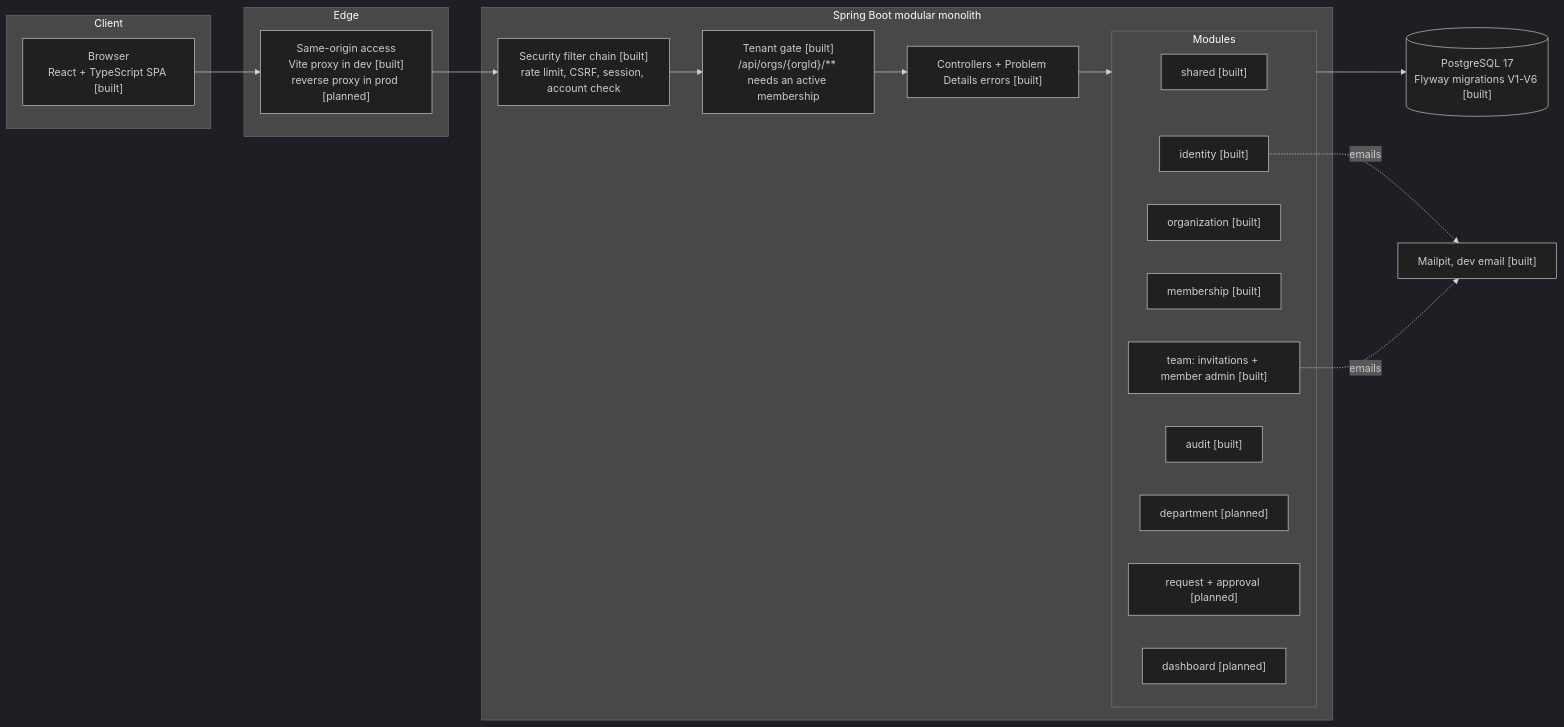
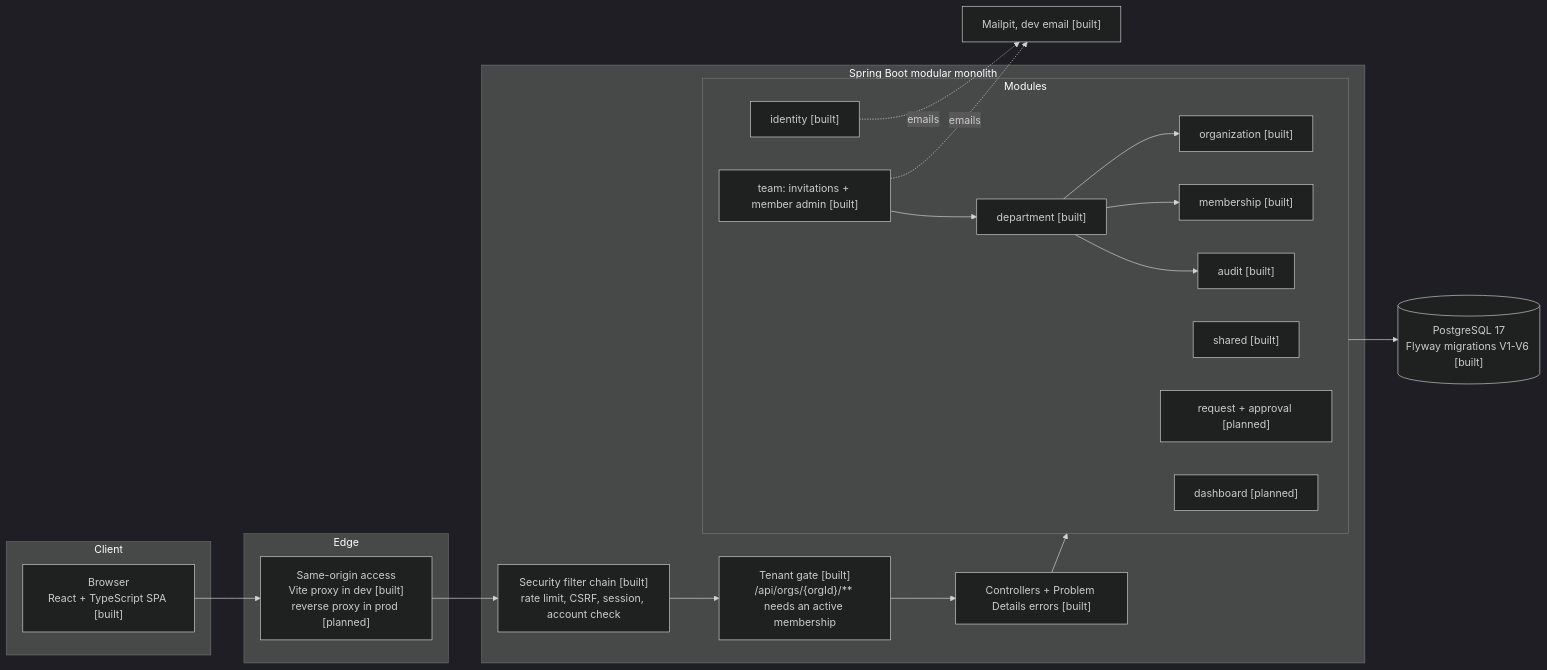
The first of 2 diagrams in docs/architecture.md (youssef-naj/nexus), drawn with Mermaid (dark theme) before and after one commit. The commit also changed 14 other files, not shown here.

````diff
--- a/docs/architecture.md
+++ b/docs/architecture.md
@@ -9,32 +9,36 @@
 ```mermaid
 flowchart LR
     subgraph Client
         B["Browser<br/>React + TypeScript SPA [built]"]
     end
     subgraph Edge
         P["Same-origin access<br/>Vite proxy in dev [built]<br/>reverse proxy in prod [planned]"]
     end
     subgraph App["Spring Boot modular monolith"]
         SEC["Security filter chain [built]<br/>rate limit, CSRF, session, account check"]
         GATE["Tenant gate [built]<br/>/api/orgs/{orgId}/** needs an active membership"]
         API["Controllers + Problem Details errors [built]"]
         subgraph Modules
             SH["shared [built]"]
             ID["identity [built]"]
             ORG["organization [built]"]
             MEM["membership [built]"]
             TEAM["team: invitations + member admin [built]"]
             AUD["audit [built]"]
-            DEP["department [planned]"]
+            DEP["department [built]"]
             REQ["request + approval [planned]"]
             DASH["dashboard [planned]"]
         end
     end
     DB[("PostgreSQL 17<br/>Flyway migrations V1-V6 [built]")]
     MAIL["Mailpit, dev email [built]"]
 
     B --> P --> SEC --> GATE --> API --> Modules
     Modules --> DB
     ID -. emails .-> MAIL
     TEAM -. emails .-> MAIL
+    DEP --> ORG
+    DEP --> MEM
+    DEP --> AUD
+    TEAM --> DEP
 ```
````
